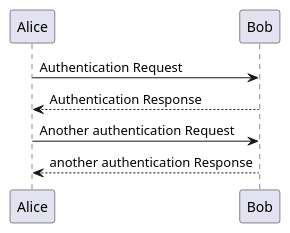
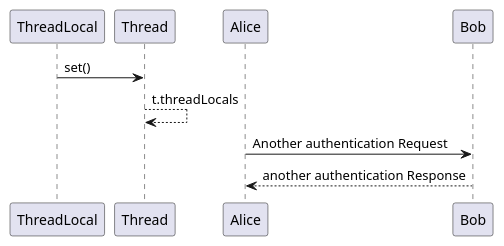
The diagram in msb_study/src/main/resources/uml/threadLocal.puml (imzdong/study), drawn with PlantUML before and after one commit. The commit also changed 2 other files, not shown here.

Commit message:
ThreadLocal

```diff
--- a/msb_study/src/main/resources/uml/threadLocal.puml
+++ b/msb_study/src/main/resources/uml/threadLocal.puml
@@ -1,7 +1,7 @@
 @startuml
-Alice -> Bob: Authentication Request
-Bob --> Alice: Authentication Response
+ThreadLocal -> Thread: set()
+Thread --> Thread: t.threadLocals
 
 Alice -> Bob: Another authentication Request
 Alice <-- Bob: another authentication Response
 @enduml
```
